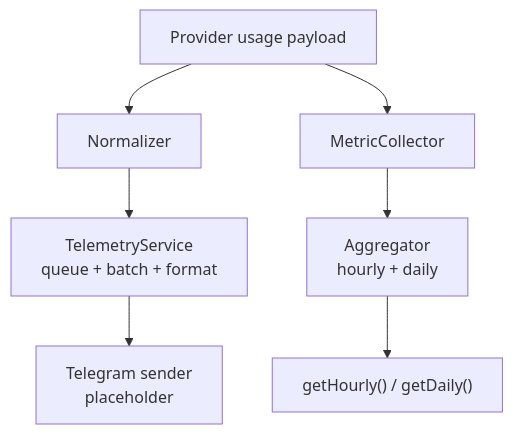
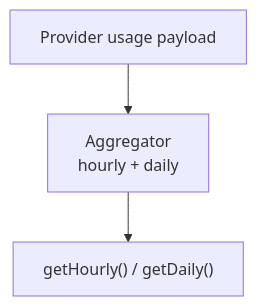
One commit to Kuzmin-Dmitry/yaaf changed the diagram in docs/integrations/telemetry-and-usage.md. Above: the diagram before and after it, drawn with Mermaid. The commit also changed other lines of this file and 9 other files, not shown here.

````diff
--- a/docs/integrations/telemetry-and-usage.md
+++ b/docs/integrations/telemetry-and-usage.md
@@ -12,10 +7,5 @@
 ```mermaid
 flowchart TD
-    Payload["Provider usage payload"] --> Normalize["Normalizer"]
-    Normalize --> Telemetry["TelemetryService\nqueue + batch + format"]
-    Telemetry --> Sender["Telegram sender\nplaceholder"]
-
-    Payload --> Collector["MetricCollector"]
-    Collector --> Aggregator["Aggregator\nhourly + daily"]
+    Payload["Provider usage payload"] --> Aggregator["Aggregator\nhourly + daily"]
     Aggregator --> ReadAPI["getHourly() / getDaily()"]
 ```
````
